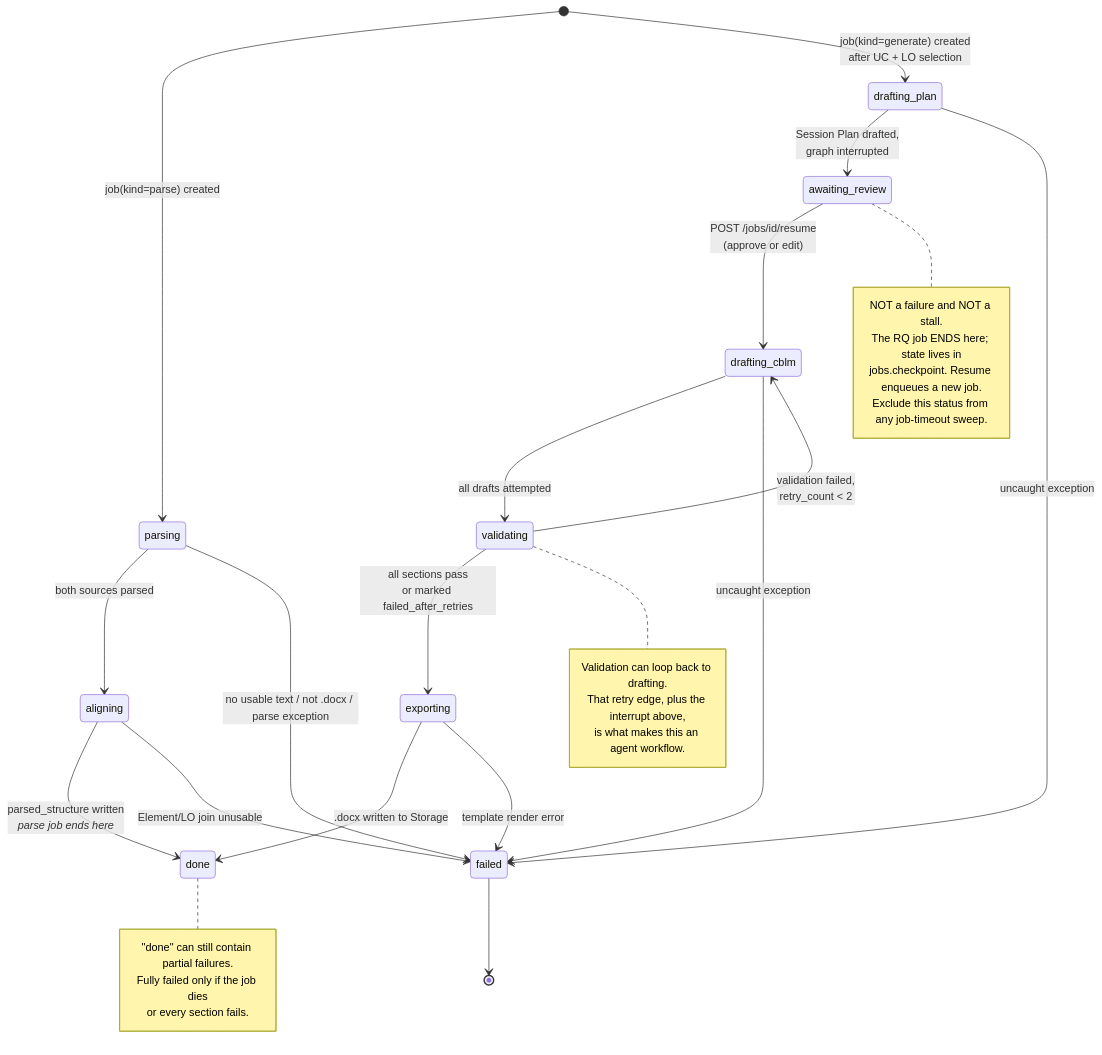
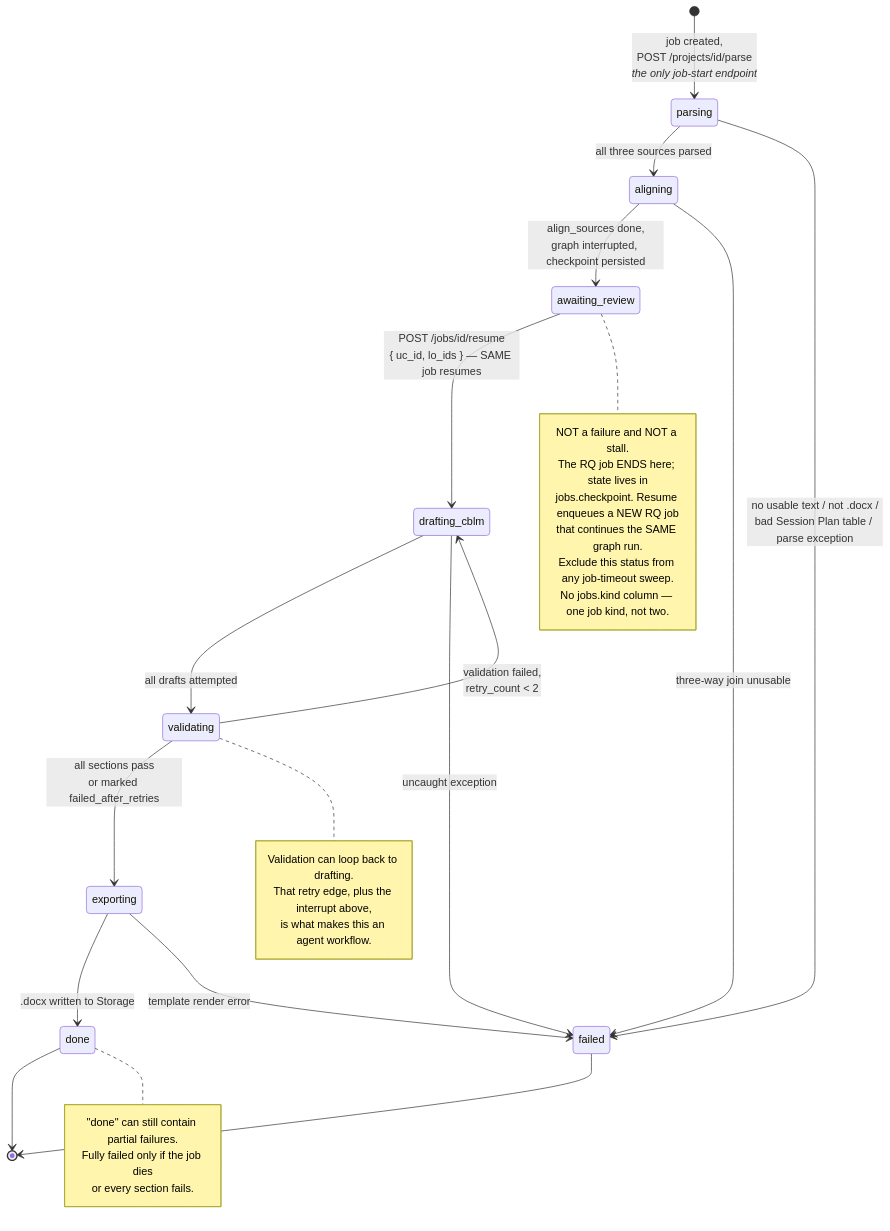
Before and after one commit to shuakyle21/tesda-cbc-agent: the second of 4 diagrams in docs/specs/DATA_MODEL_DIAGRAMS.md, drawn with Mermaid. The commit also changed other lines of this file and 5 other files, not shown here.

First line of the commit message:
Cascade the CBLM-only reversal into the remaining spec docs (part 1)

````diff
--- a/docs/specs/DATA_MODEL_DIAGRAMS.md
+++ b/docs/specs/DATA_MODEL_DIAGRAMS.md
@@ -102,47 +93,45 @@
 ```mermaid
 stateDiagram-v2
-    [*] --> parsing : job(kind=parse) created
+    [*] --> parsing : job created,<br/>POST /projects/id/parse<br/><i>the only job-start endpoint</i>
 
-    parsing --> aligning : both sources parsed
-    parsing --> failed : no usable text / not .docx / parse exception
+    parsing --> aligning : all three sources parsed
+    parsing --> failed : no usable text / not .docx /<br/>bad Session Plan table / parse exception
 
-    aligning --> done : parsed_structure written<br/><i>parse job ends here</i>
-    aligning --> failed : Element/LO join unusable
+    aligning --> awaiting_review : align_sources done,<br/>graph interrupted, checkpoint persisted
+    aligning --> failed : three-way join unusable
 
-    [*] --> drafting_plan : job(kind=generate) created<br/>after UC + LO selection
-
-    drafting_plan --> awaiting_review : Session Plan drafted,<br/>graph interrupted
-    drafting_plan --> failed : uncaught exception
-
-    awaiting_review --> drafting_cblm : POST /jobs/id/resume<br/>(approve or edit)
+    awaiting_review --> drafting_cblm : POST /jobs/id/resume<br/>{ uc_id, lo_ids } — SAME job resumes
 
     drafting_cblm --> validating : all drafts attempted
     drafting_cblm --> failed : uncaught exception
 
     validating --> drafting_cblm : validation failed,<br/>retry_count < 2
     validating --> exporting : all sections pass<br/>or marked failed_after_retries
 
     exporting --> done : .docx written to Storage
     exporting --> failed : template render error
 
+    done --> [*]
     failed --> [*]
 
     note right of awaiting_review
         NOT a failure and NOT a stall.
         The RQ job ENDS here; state lives in
-        jobs.checkpoint. Resume enqueues a new job.
+        jobs.checkpoint. Resume enqueues a NEW RQ job
+        that continues the SAME graph run.
         Exclude this status from any job-timeout sweep.
+        No jobs.kind column — one job kind, not two.
     end note
 
     note right of validating
         Validation can loop back to drafting.
         That retry edge, plus the interrupt above,
         is what makes this an agent workflow.
     end note
 
     note right of done
         "done" can still contain partial failures.
         Fully failed only if the job dies
         or every section fails.
     end note
 ```
````
